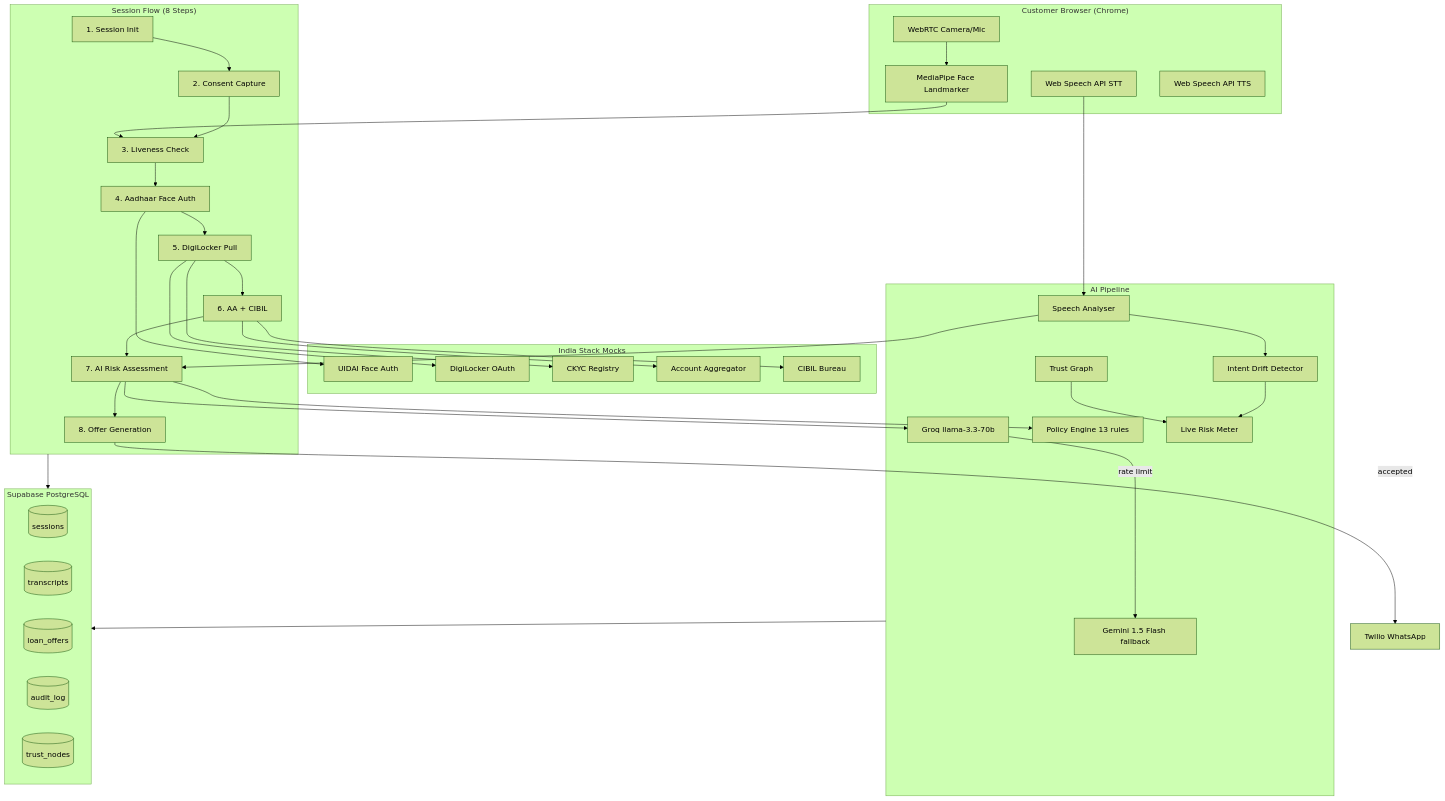
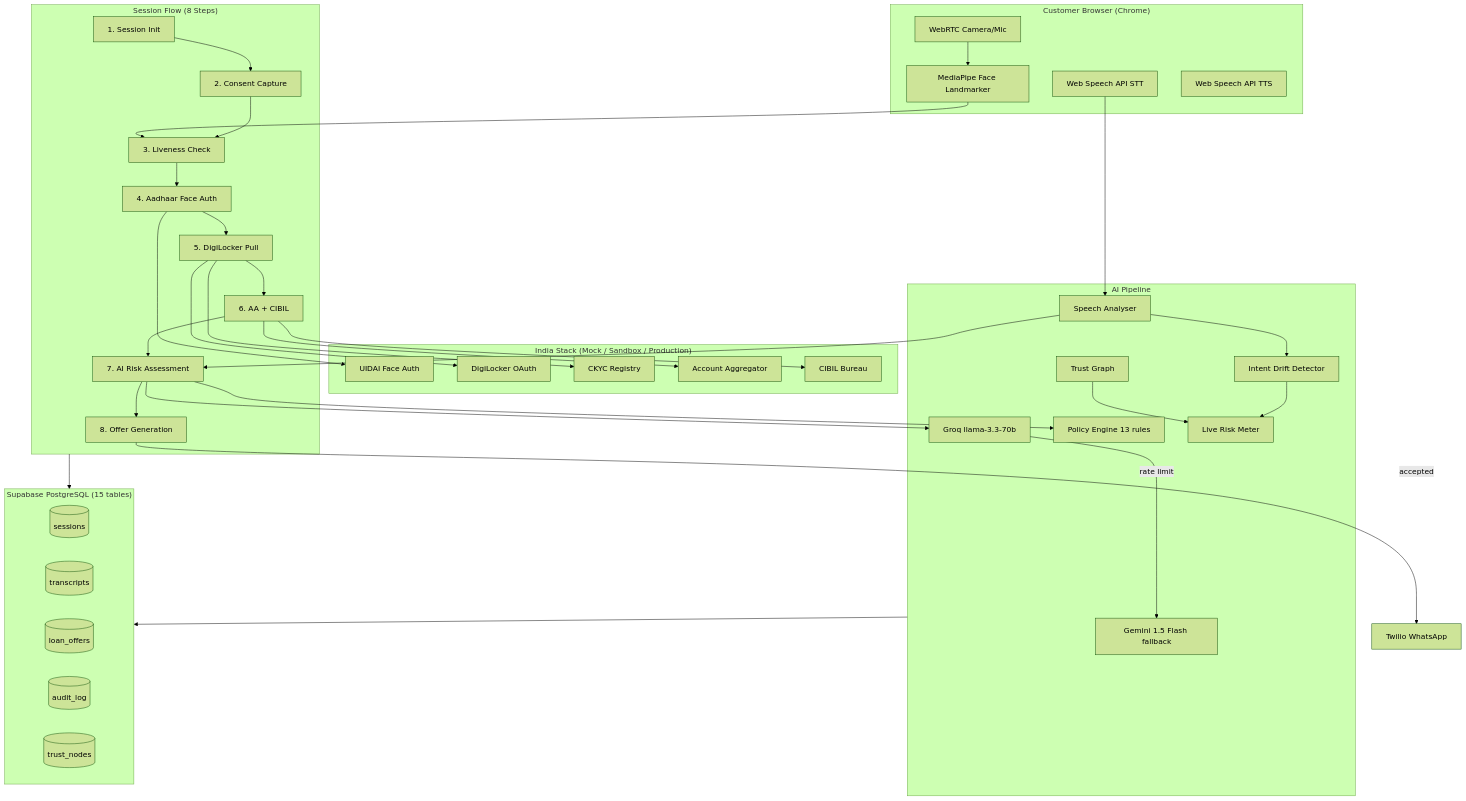
The first of 2 diagrams in README.md (ayushmgarg/Veritas-Poonawalla-Fincorp), drawn with Mermaid (forest theme) before and after one commit. The commit also changed other lines of this file and 1 other file, not shown here.

````diff
--- a/README.md
+++ b/README.md
@@ -15,58 +28,58 @@
 ```mermaid
 graph TD
     subgraph Browser["Customer Browser (Chrome)"]
         CAM[WebRTC Camera/Mic]
         MP[MediaPipe Face Landmarker]
         STT[Web Speech API STT]
         TTS[Web Speech API TTS]
     end
 
     subgraph SessionFlow["Session Flow (8 Steps)"]
         S1[1. Session Init] --> S2[2. Consent Capture]
         S2 --> S3[3. Liveness Check]
         S3 --> S4[4. Aadhaar Face Auth]
         S4 --> S5[5. DigiLocker Pull]
         S5 --> S6[6. AA + CIBIL]
         S6 --> S7[7. AI Risk Assessment]
         S7 --> S8[8. Offer Generation]
     end
 
-    subgraph IndiaStack["India Stack Mocks"]
+    subgraph IndiaStack["India Stack (Mock / Sandbox / Production)"]
         UIDAI[UIDAI Face Auth]
         DL[DigiLocker OAuth]
         CKYC[CKYC Registry]
         AA[Account Aggregator]
         CIBIL[CIBIL Bureau]
     end
 
     subgraph AI["AI Pipeline"]
         GROQ[Groq llama-3.3-70b]
         GEMINI[Gemini 1.5 Flash fallback]
         POLICY[Policy Engine 13 rules]
         SPEECH[Speech Analyser]
         DRIFT[Intent Drift Detector]
         TRUST[Trust Graph]
         RISK[Live Risk Meter]
     end
 
-    subgraph DB["Supabase PostgreSQL"]
+    subgraph DB["Supabase PostgreSQL (15 tables)"]
         SESSIONS[(sessions)]
         TRANSCRIPTS[(transcripts)]
         OFFERS[(loan_offers)]
         AUDIT[(audit_log)]
         TRUST_NODES[(trust_nodes)]
     end
 
     CAM --> MP --> S3
     STT --> SPEECH --> S7
     S4 --> UIDAI
     S5 --> DL & CKYC
     S6 --> AA & CIBIL
     S7 --> GROQ -->|rate limit| GEMINI
     S7 --> POLICY
     SPEECH --> DRIFT --> RISK
     TRUST --> RISK
     S8 -->|accepted| WA[Twilio WhatsApp]
     SessionFlow --> DB
     AI --> DB
 ```
````
